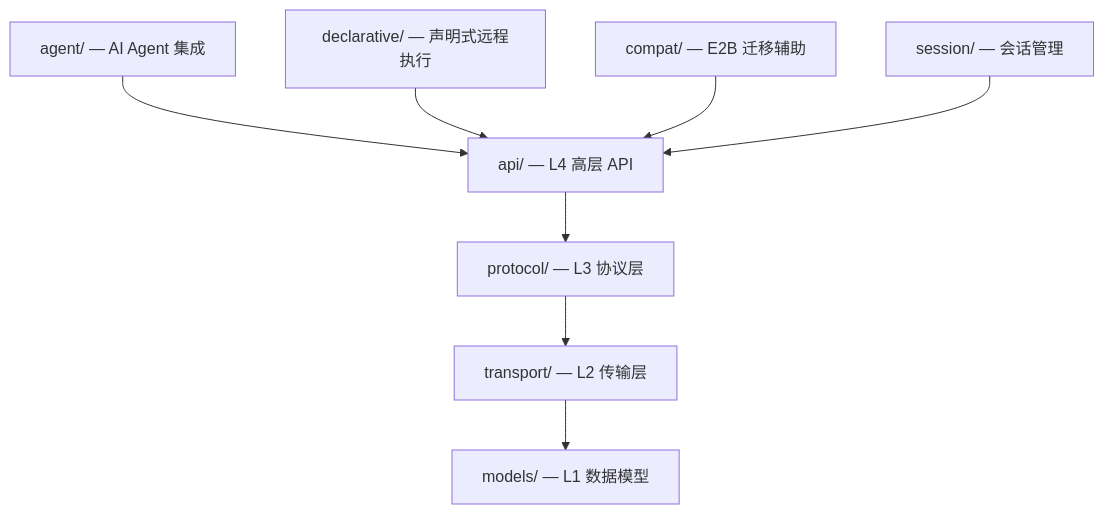
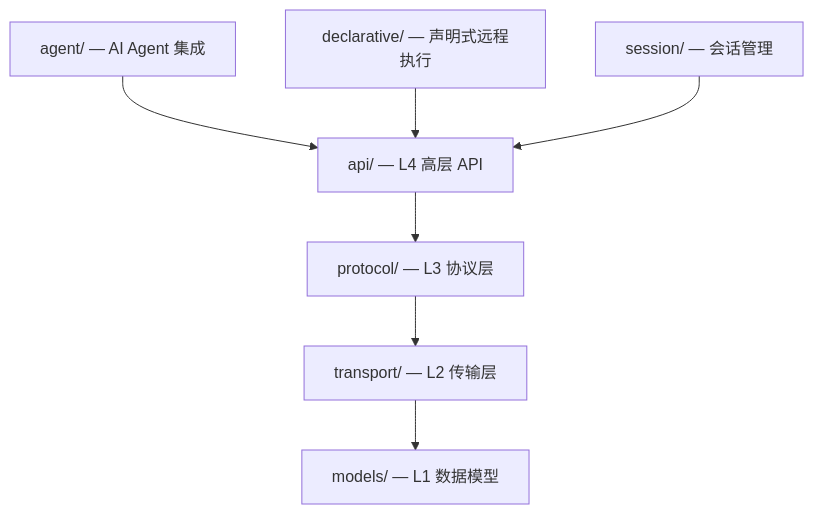
Before and after one commit to Alibaba-Agent-Sandbox/python-sdk: the third of 3 diagrams in docs/zh/explanation/architecture-overview.md, drawn with Mermaid. The commit also changed other lines of this file and 39 other files, not shown here.

````diff
--- a/docs/zh/explanation/architecture-overview.md
+++ b/docs/zh/explanation/architecture-overview.md
@@ -114,17 +114,15 @@
 ```mermaid
 graph TB
     API["api/ — L4 高层 API"]
     Protocol["protocol/ — L3 协议层"]
     Transport["transport/ — L2 传输层"]
     Models["models/ — L1 数据模型"]
     Decl["declarative/ — 声明式远程执行"]
     AgentMod["agent/ — AI Agent 集成"]
     Sess["session/ — 会话管理"]
-    Compat["compat/ — E2B 迁移辅助"]
 
     AgentMod --> API
     Decl --> API
-    Compat --> API
     Sess --> API
     API --> Protocol --> Transport --> Models
 ```
````
